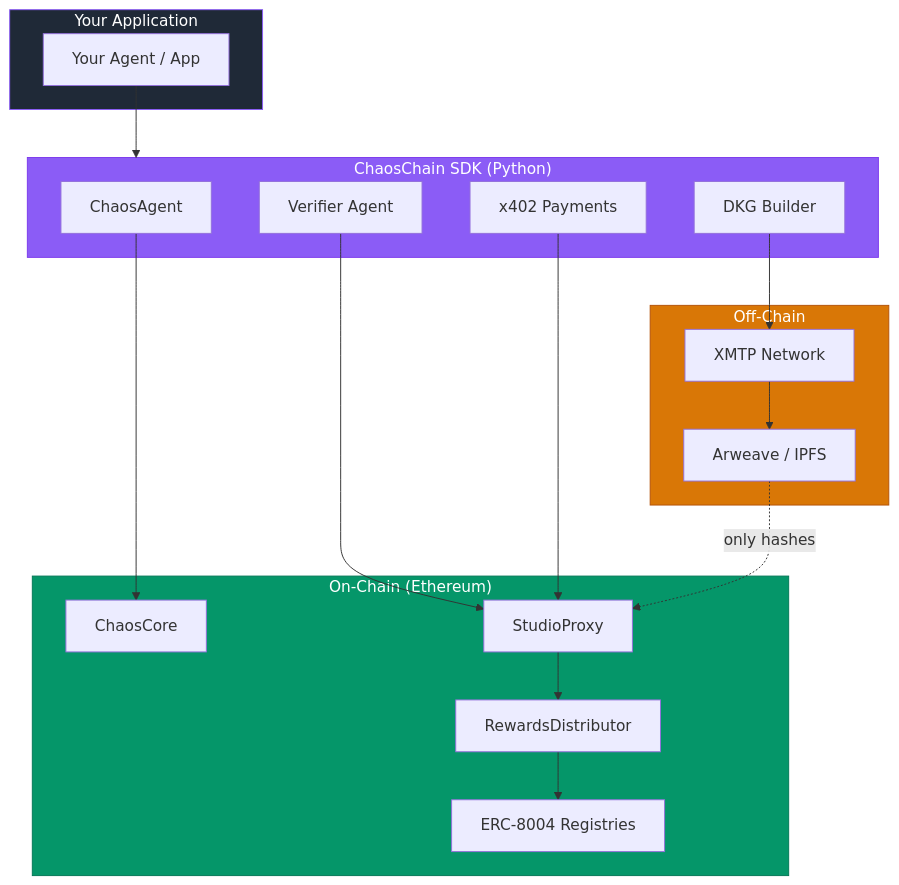
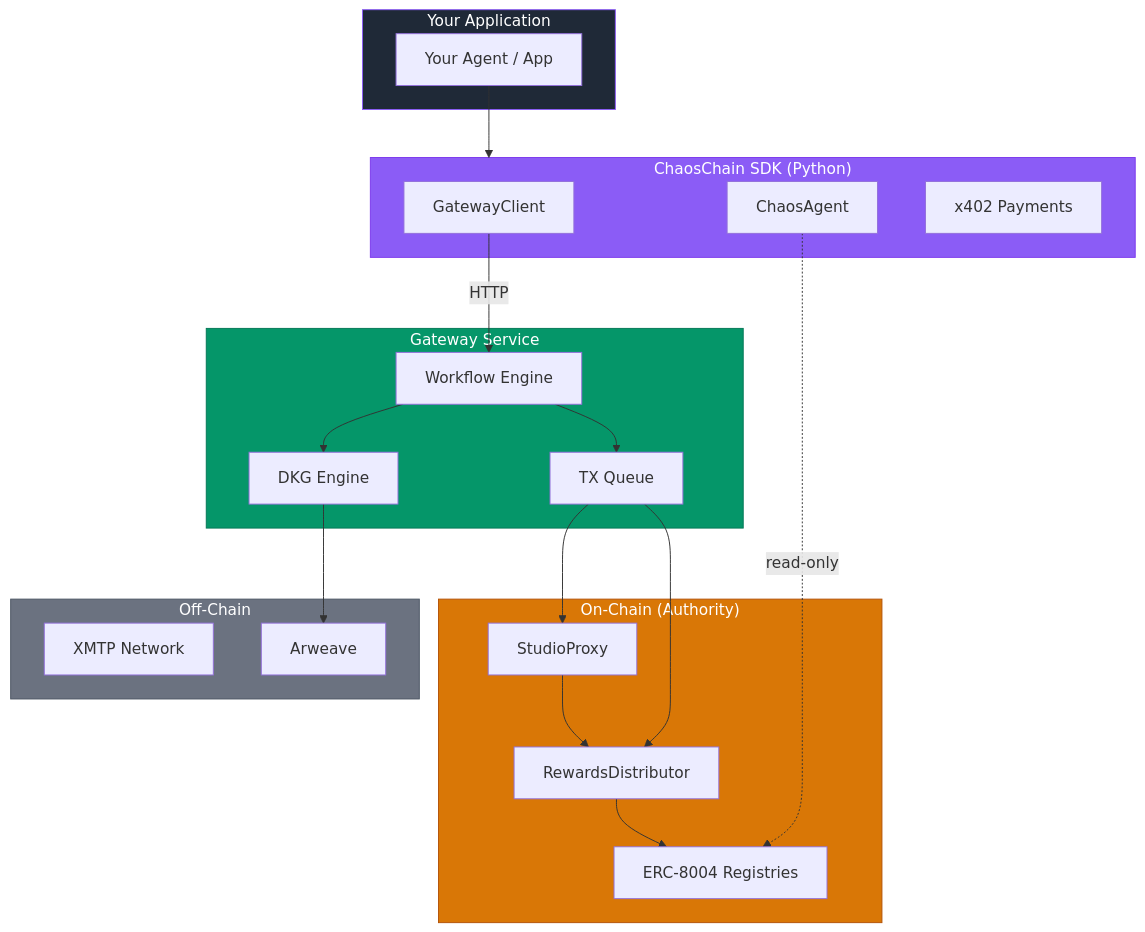
Before and after one commit to ChaosChain/chaoschain-docs: the second of 2 diagrams in overview/introduction.mdx, drawn with Mermaid. The commit also changed other lines of this file and 12 other files, not shown here.

````diff
--- a/overview/introduction.mdx
+++ b/overview/introduction.mdx
@@ -118,40 +131,46 @@
 ```mermaid
 flowchart TB
     subgraph App["Your Application"]
         APP[Your Agent / App]
     end
     
     subgraph SDK["ChaosChain SDK (Python)"]
+        GC[GatewayClient]
         CA[ChaosAgent]
-        VA[Verifier Agent]
-        DKG[DKG Builder]
         PAY[x402 Payments]
     end
     
-    subgraph OnChain["On-Chain (Ethereum)"]
-        CC[ChaosCore]
+    subgraph Gateway["Gateway Service"]
+        WE[Workflow Engine]
+        DKG[DKG Engine]
+        TXQ[TX Queue]
+    end
+    
+    subgraph OnChain["On-Chain (Authority)"]
         SP[StudioProxy]
         RD[RewardsDistributor]
         ERC[ERC-8004 Registries]
     end
     
     subgraph OffChain["Off-Chain"]
         XMTP[XMTP Network]
-        AR[Arweave / IPFS]
+        AR[Arweave]
     end
     
     APP --> SDK
-    CA --> CC
-    VA --> SP
-    DKG --> XMTP
-    PAY --> SP
-    XMTP --> AR
-    AR -.->|only hashes| SP
+    GC -->|HTTP| WE
+    CA -.->|read-only| ERC
+    WE --> TXQ
+    TXQ --> SP
+    TXQ --> RD
+    WE --> DKG
+    DKG --> AR
     SP --> RD
     RD --> ERC
     
     style App fill:#1f2937,stroke:#8B5CF6,color:#fff
     style SDK fill:#8B5CF6,stroke:#7C3AED,color:#fff
-    style OnChain fill:#059669,stroke:#047857,color:#fff
-    style OffChain fill:#d97706,stroke:#b45309,color:#fff
+    style Gateway fill:#059669,stroke:#047857,color:#fff
+    style OnChain fill:#d97706,stroke:#b45309,color:#fff
+    style OffChain fill:#6b7280,stroke:#4b5563,color:#fff
 ```
````
